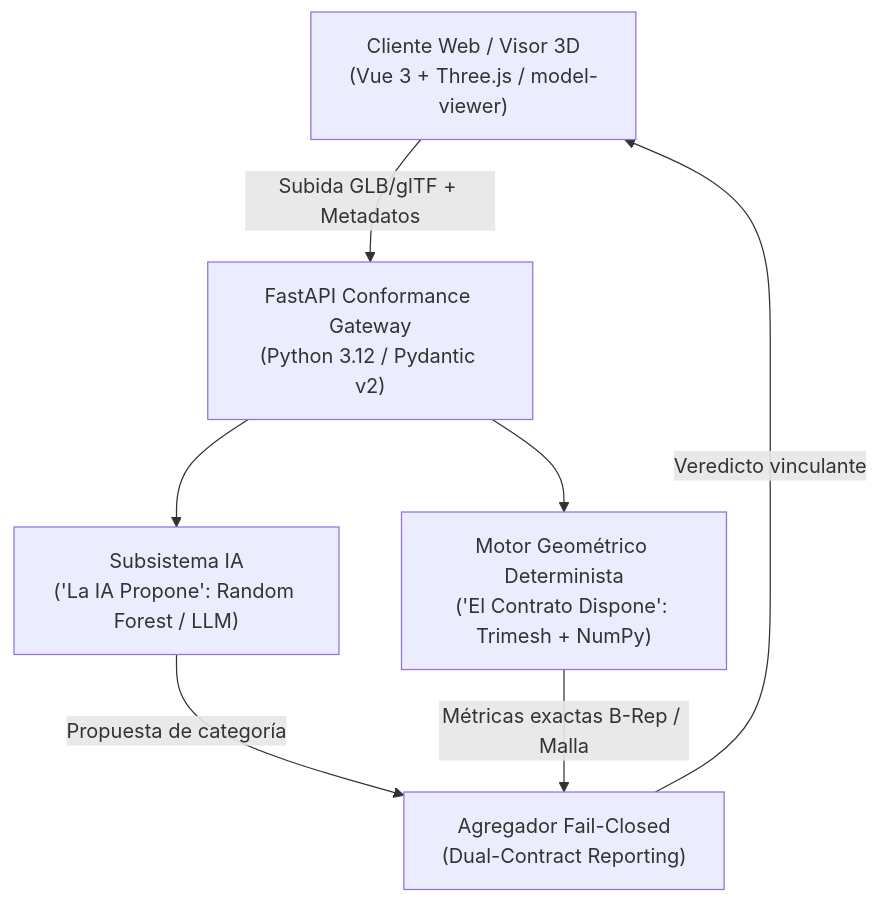
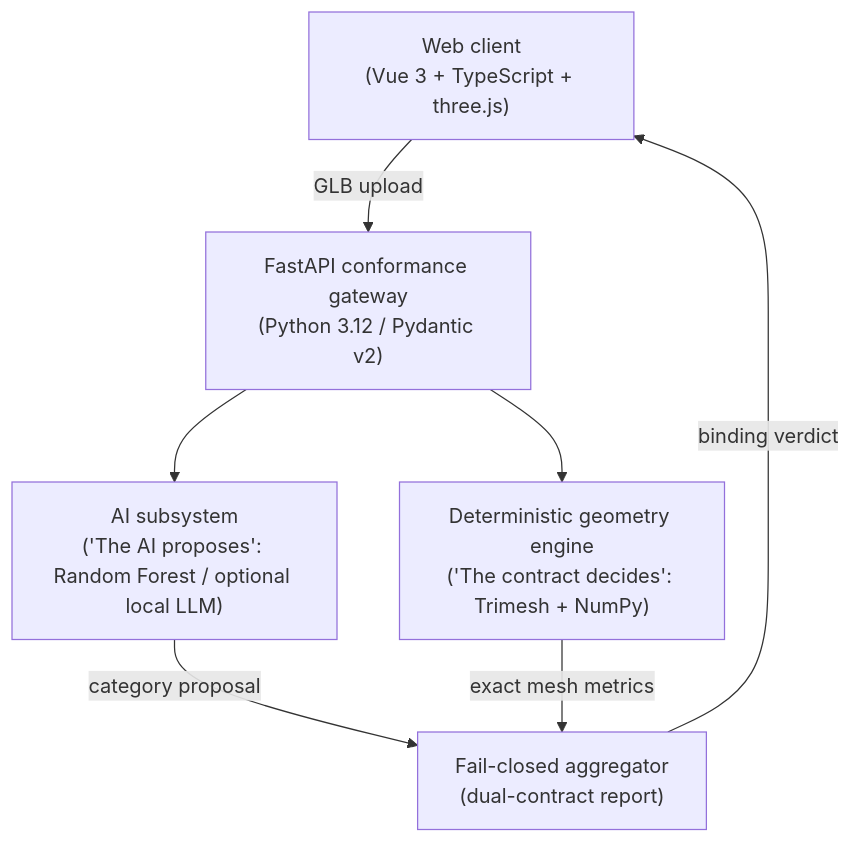
The diagram in README.md (Nain9Dev/Nain3D), drawn with Mermaid before and after one commit. The commit also changed other lines of this file and 25 other files, not shown here.

````diff
--- a/README.md
+++ b/README.md
@@ -47,15 +44,15 @@
 ```mermaid
 graph TD
-    User["Cliente Web / Visor 3D<br/>(Vue 3 + Three.js / model-viewer)"]
-    Gateway["FastAPI Conformance Gateway<br/>(Python 3.12 / Pydantic v2)"]
-    AISubsystem["Subsistema IA<br/>('La IA Propone': Random Forest / LLM)"]
-    GeoEngine["Motor Geométrico Determinista<br/>('El Contrato Dispone': Trimesh + NumPy)"]
-    VerdictAggregator["Agregador Fail-Closed<br/>(Dual-Contract Reporting)"]
+    User["Web client<br/>(Vue 3 + TypeScript + three.js)"]
+    Gateway["FastAPI conformance gateway<br/>(Python 3.12 / Pydantic v2)"]
+    AI["AI subsystem<br/>('The AI proposes': Random Forest / optional local LLM)"]
+    Engine["Deterministic geometry engine<br/>('The contract decides': Trimesh + NumPy)"]
+    Verdict["Fail-closed aggregator<br/>(dual-contract report)"]
 
-    User -->|Subida GLB/glTF + Metadatos| Gateway
-    Gateway --> AISubsystem
-    Gateway --> GeoEngine
-    AISubsystem -->|Propuesta de categoría| VerdictAggregator
-    GeoEngine -->|Métricas exactas B-Rep / Malla| VerdictAggregator
-    VerdictAggregator -->|Veredicto vinculante| User
+    User -->|GLB upload| Gateway
+    Gateway --> AI
+    Gateway --> Engine
+    AI -->|category proposal| Verdict
+    Engine -->|exact mesh metrics| Verdict
+    Verdict -->|binding verdict| User
 ```
````
